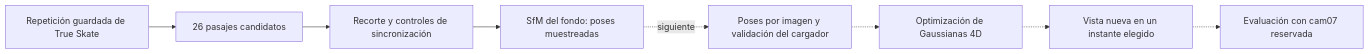
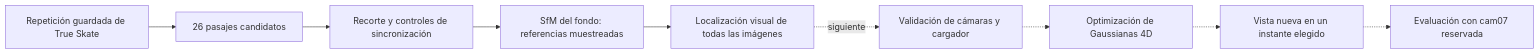
One commit to craptou/Projet_4D_Gaussian_Splatting changed the diagram in README.es.md. Above: the diagram before and after it, drawn with Mermaid. The commit also changed other lines of this file and 27 other files, not shown here.

````diff
--- a/README.es.md
+++ b/README.es.md
@@ -44,10 +49,11 @@
 ```mermaid
 flowchart LR
  A[Repetición guardada de True Skate] --> B[26 pasajes candidatos]
  B --> C[Recorte y controles de sincronización]
- C --> D[SfM del fondo: poses muestreadas]
- D -. siguiente .-> E[Poses por imagen y validación del cargador]
- E -.-> F[Optimización de Gaussianas 4D]
+ C --> D[SfM del fondo: referencias muestreadas]
+ D --> E[Localización visual de todas las imágenes]
+ E -. siguiente .-> V[Validación de cámaras y cargador]
+ V -.-> F[Optimización de Gaussianas 4D]
  F -.-> G[Vista nueva en un instante elegido]
  G -.-> H[Evaluación con cam07 reservada]
 ```
````
